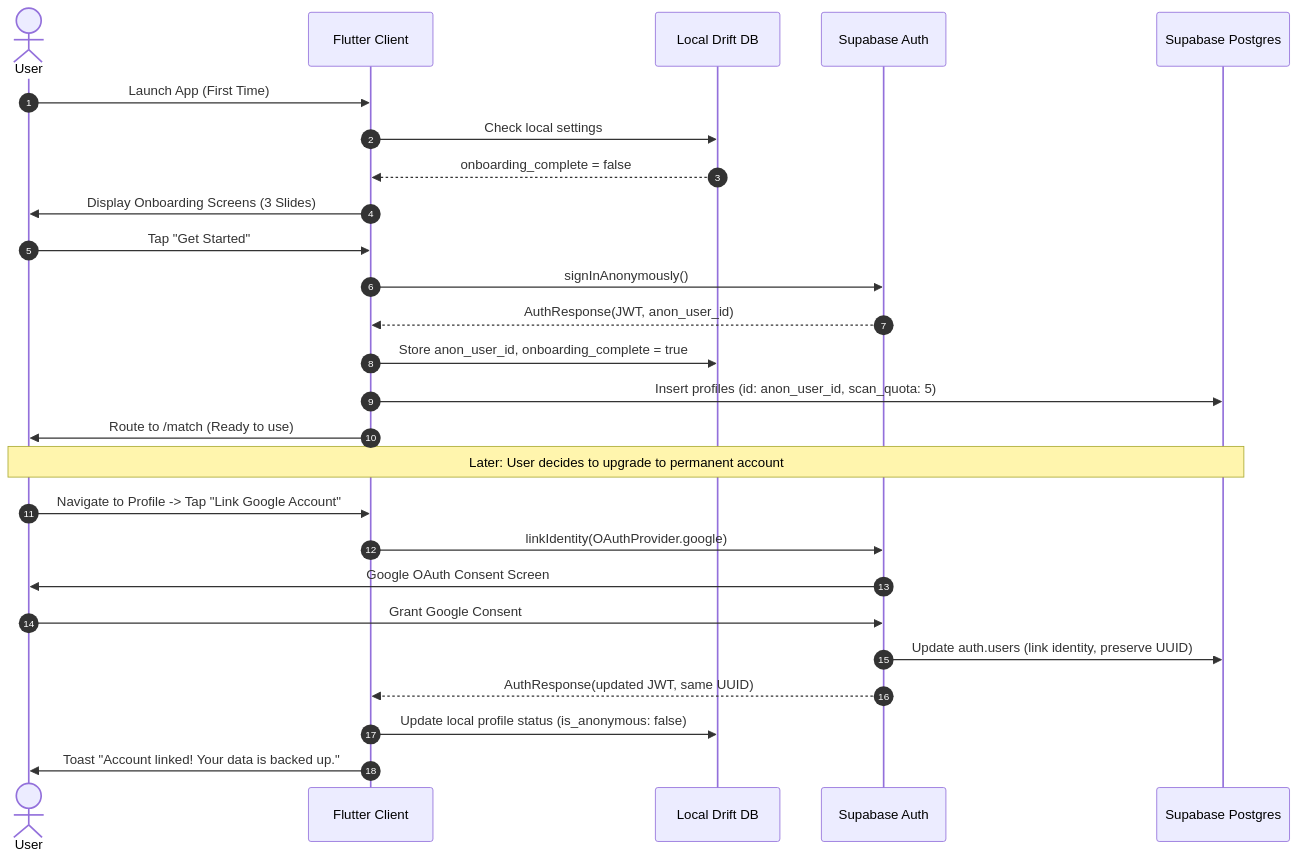
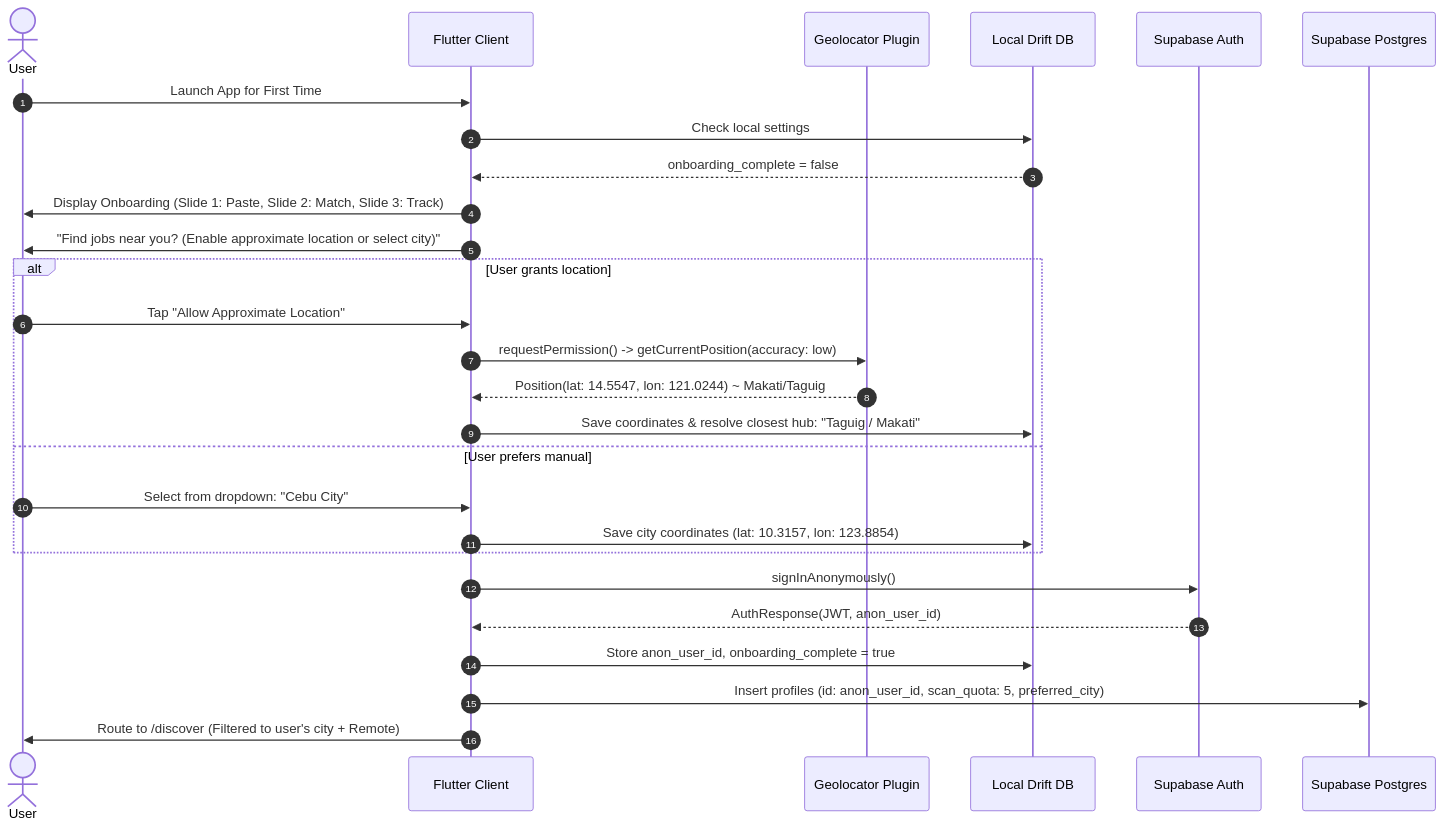
The second of 14 diagrams in docs/BACKEND_PLAN.md (QuantumTan/rolevia), drawn with Mermaid before and after one commit. The commit also changed other lines of this file and 16 other files, not shown here.

````diff
--- a/docs/BACKEND_PLAN.md
+++ b/docs/BACKEND_PLAN.md
@@ -146,30 +132,30 @@
 ```mermaid
 sequenceDiagram
     autonumber
     actor User
     participant App as Flutter Client
+    participant Loc as Geolocator Plugin
     participant Drift as Local Drift DB
     participant S_Auth as Supabase Auth
     participant S_DB as Supabase Postgres
 
-    User->>App: Launch App (First Time)
+    User->>App: Launch App for First Time
     App->>Drift: Check local settings
     Drift-->>App: onboarding_complete = false
-    App->>User: Display Onboarding Screens (3 Slides)
-    User->>App: Tap "Get Started"
+    App->>User: Display Onboarding (Slide 1: Paste, Slide 2: Match, Slide 3: Track)
+    App->>User: "Find jobs near you? (Enable approximate location or select city)"
+    alt User grants location
+        User->>App: Tap "Allow Approximate Location"
+        App->>Loc: requestPermission() -> getCurrentPosition(accuracy: low)
+        Loc-->>App: Position(lat: 14.5547, lon: 121.0244) ~ Makati/Taguig
+        App->>Drift: Save coordinates & resolve closest hub: "Taguig / Makati"
+    else User prefers manual
+        User->>App: Select from dropdown: "Cebu City"
+        App->>Drift: Save city coordinates (lat: 10.3157, lon: 123.8854)
+    end
     App->>S_Auth: signInAnonymously()
     S_Auth-->>App: AuthResponse(JWT, anon_user_id)
     App->>Drift: Store anon_user_id, onboarding_complete = true
-    App->>S_DB: Insert profiles (id: anon_user_id, scan_quota: 5)
-    App->>User: Route to /match (Ready to use)
-
-    Note over User, S_DB: Later: User decides to upgrade to permanent account
-    User->>App: Navigate to Profile -> Tap "Link Google Account"
-    App->>S_Auth: linkIdentity(OAuthProvider.google)
-    S_Auth->>User: Google OAuth Consent Screen
-    User->>S_Auth: Grant Google Consent
-    S_Auth->>S_DB: Update auth.users (link identity, preserve UUID)
-    S_Auth-->>App: AuthResponse(updated JWT, same UUID)
-    App->>Drift: Update local profile status (is_anonymous: false)
-    App->>User: Toast "Account linked! Your data is backed up."
+    App->>S_DB: Insert profiles (id: anon_user_id, scan_quota: 5, preferred_city)
+    App->>User: Route to /discover (Filtered to user's city + Remote)
 ```
````
